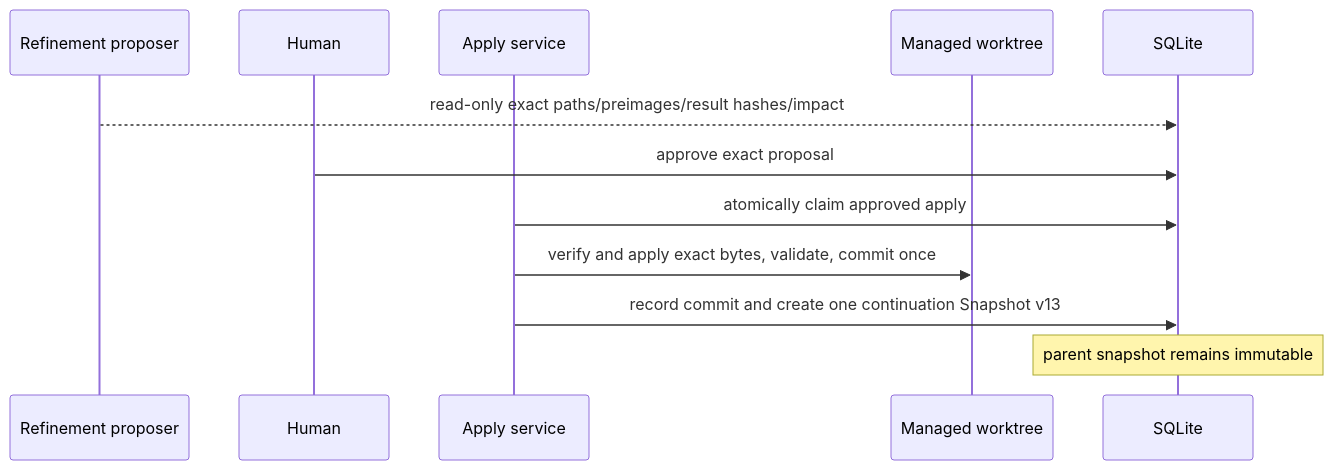
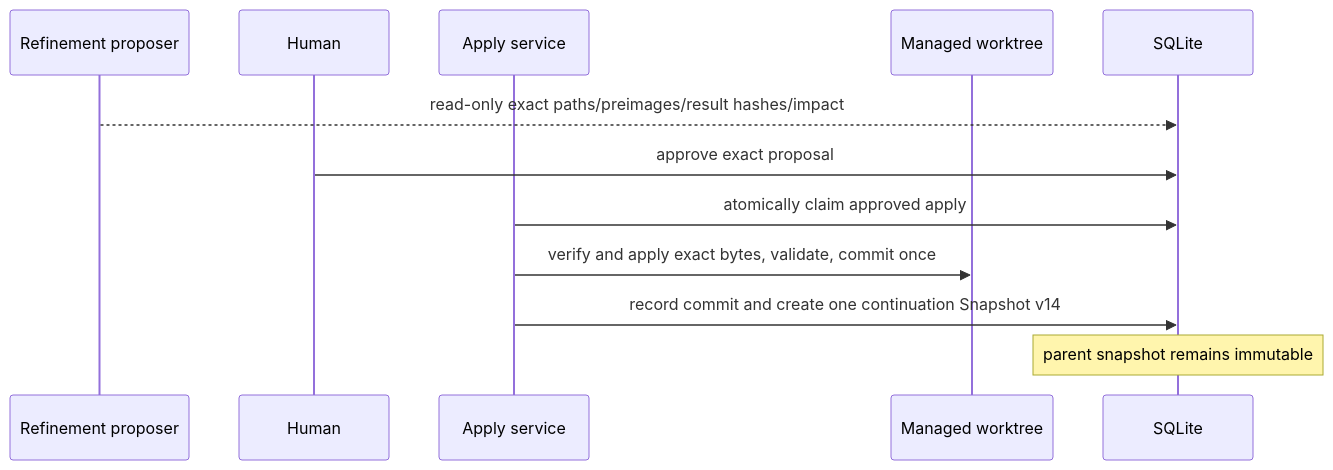
One commit to isinisalo/ballet changed the sixth of 6 diagrams in ARCHITECTURE.md. Above: the diagram before and after it, drawn with Mermaid. The commit also changed other lines of this file and 243 other files, not shown here.

````diff
--- a/ARCHITECTURE.md
+++ b/ARCHITECTURE.md
@@ -139,14 +143,14 @@
 ```mermaid
 sequenceDiagram
   participant P as Refinement proposer
   participant H as Human
   participant A as Apply service
   participant G as Managed worktree
   participant DB as SQLite
   P-->>DB: read-only exact paths/preimages/result hashes/impact
   H->>DB: approve exact proposal
   A->>DB: atomically claim approved apply
   A->>G: verify and apply exact bytes, validate, commit once
-  A->>DB: record commit and create one continuation Snapshot v13
+  A->>DB: record commit and create one continuation Snapshot v14
   Note over DB: parent snapshot remains immutable
 ```
````
